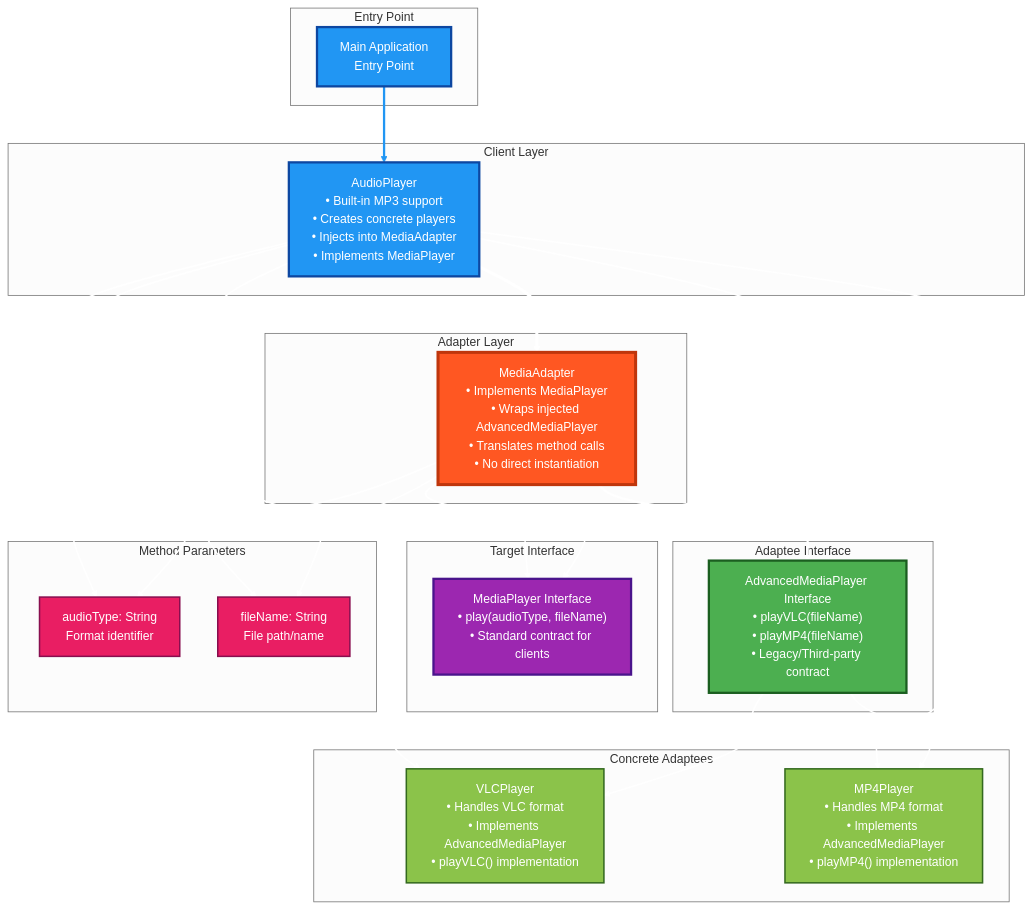
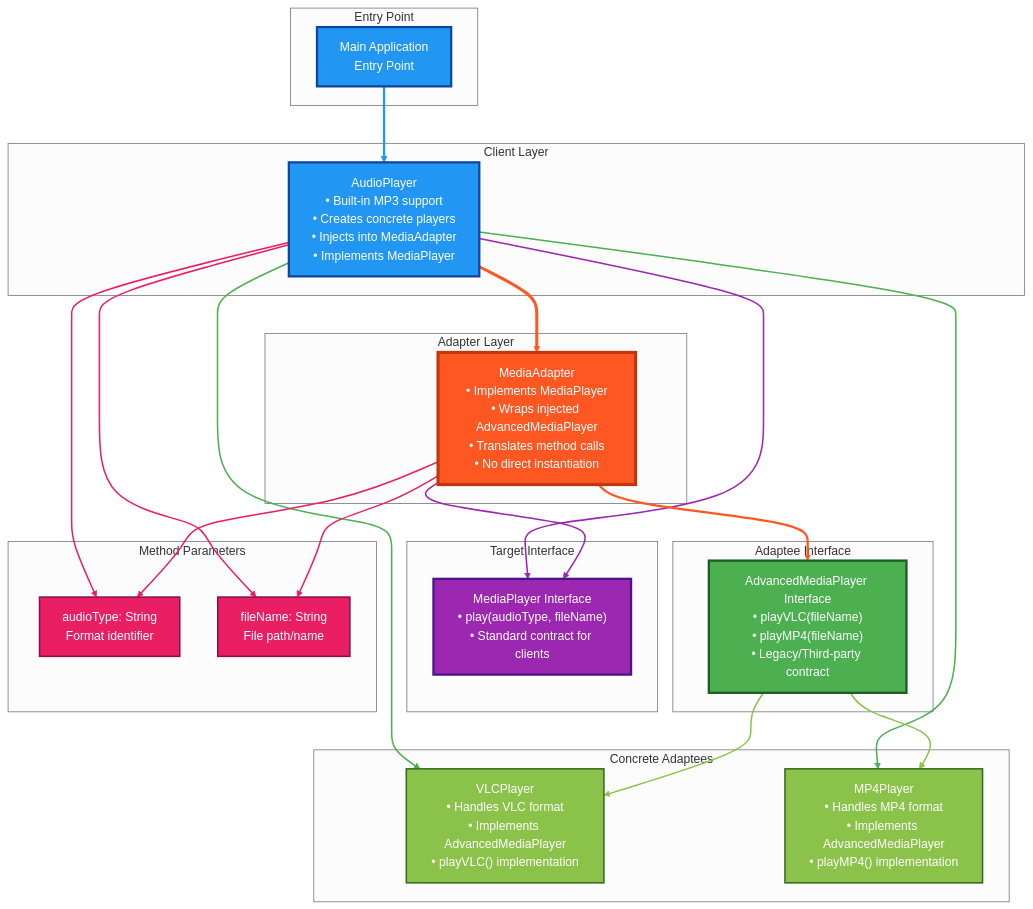
One commit to thenoblet/practice changed the diagram in src/adapter/adapter.mermaid. Above: the diagram before and after it, drawn with Mermaid (neutral theme).

Commit message:
modified diagram to represent new code design changes => DI

```diff
--- a/src/adapter/adapter.mermaid
+++ b/src/adapter/adapter.mermaid
@@ -1,84 +1,84 @@
 graph TB
 %% Entry Point
     subgraph "Entry Point"
         Main["Main Application<br/>Entry Point"]
     end
 
 %% Client Layer
     subgraph "Client Layer"
         AudioPlayer["AudioPlayer<br/>• Built-in MP3 support<br/>• Creates concrete players<br/>• Injects into MediaAdapter<br/>• Implements MediaPlayer"]
     end
 
 %% Target Interface Layer
     subgraph "Target Interface"
         MediaPlayer["MediaPlayer Interface<br/>• play(audioType, fileName)<br/>• Standard contract for clients"]
     end
 
 %% Adapter Layer - Key Pattern Component
     subgraph "Adapter Layer"
         MediaAdapter["MediaAdapter<br/>• Implements MediaPlayer<br/>• Wraps injected AdvancedMediaPlayer<br/>• Translates method calls<br/>• No direct instantiation"]
     end
 
 %% Adaptee Interface Layer
     subgraph "Adaptee Interface"
         AdvancedMediaPlayer["AdvancedMediaPlayer Interface<br/>• playVLC(fileName)<br/>• playMP4(fileName)<br/>• Legacy/Third-party contract"]
     end
 
 %% Concrete Adaptee Layer
     subgraph "Concrete Adaptees"
         VLCPlayer["VLCPlayer<br/>• Handles VLC format<br/>• Implements AdvancedMediaPlayer<br/>• playVLC() implementation"]
         MP4Player["MP4Player<br/>• Handles MP4 format<br/>• Implements AdvancedMediaPlayer<br/>• playMP4() implementation"]
     end
 
 %% Data Transfer Objects
     subgraph "Method Parameters"
         AudioType["audioType: String<br/>Format identifier"]
         FileName["fileName: String<br/>File path/name"]
     end
 
 %% Relationships
     Main --> AudioPlayer
     AudioPlayer --> MediaPlayer
     AudioPlayer --> MediaAdapter
     AudioPlayer --> VLCPlayer
     AudioPlayer --> MP4Player
     MediaAdapter --> MediaPlayer
     MediaAdapter --> AdvancedMediaPlayer
     AdvancedMediaPlayer --> VLCPlayer
     AdvancedMediaPlayer --> MP4Player
 
     AudioPlayer --> AudioType
     AudioPlayer --> FileName
     MediaAdapter --> AudioType
     MediaAdapter --> FileName
 
 %% Arrow Styling
     linkStyle 0 stroke:#2196f3,stroke-width:3px
-    linkStyle 1 stroke:#FFFFFF,stroke-width:2px
-    linkStyle 2 stroke:#FFFFFF,stroke-width:4px
-    linkStyle 3 stroke:#FFFFFF,stroke-width:2px
-    linkStyle 4 stroke:#FFFFFF,stroke-width:2px
-    linkStyle 5 stroke:#FFFFFF,stroke-width:2px
-    linkStyle 6 stroke:#FFFFFF,stroke-width:3px
-    linkStyle 7 stroke:#FFFFFF,stroke-width:2px
-    linkStyle 8 stroke:#FFFFFF,stroke-width:2px
-    linkStyle 9 stroke:#FFFFFF,stroke-width:2px
-    linkStyle 10 stroke:#FFFFFF,stroke-width:2px
-    linkStyle 11 stroke:#FFFFFF,stroke-width:2px
-    linkStyle 12 stroke:#FFFFFF,stroke-width:2px
+    linkStyle 1 stroke:#9c27b0,stroke-width:2px
+    linkStyle 2 stroke:#ff5722,stroke-width:4px
+    linkStyle 3 stroke:#4caf50,stroke-width:2px
+    linkStyle 4 stroke:#4caf50,stroke-width:2px
+    linkStyle 5 stroke:#9c27b0,stroke-width:2px
+    linkStyle 6 stroke:#ff5722,stroke-width:3px
+    linkStyle 7 stroke:#8bc34a,stroke-width:2px
+    linkStyle 8 stroke:#8bc34a,stroke-width:2px
+    linkStyle 9 stroke:#e91e63,stroke-width:2px
+    linkStyle 10 stroke:#e91e63,stroke-width:2px
+    linkStyle 11 stroke:#e91e63,stroke-width:2px
+    linkStyle 12 stroke:#e91e63,stroke-width:2px
 
 
 %% Styling
     classDef clientStyle fill:#2196f3,stroke:#0d47a1,stroke-width:3px,color:#fff
     classDef targetStyle fill:#9c27b0,stroke:#4a148c,stroke-width:3px,color:#fff
     classDef adapterStyle fill:#ff5722,stroke:#bf360c,stroke-width:4px,color:#fff
     classDef adapteeStyle fill:#4caf50,stroke:#1b5e20,stroke-width:3px,color:#fff
     classDef concreteStyle fill:#8bc34a,stroke:#33691e,stroke-width:2px,color:#fff
     classDef paramStyle fill:#e91e63,stroke:#880e4f,stroke-width:2px,color:#fff
 
     class Main,AudioPlayer clientStyle
     class MediaPlayer targetStyle
     class MediaAdapter adapterStyle
     class AdvancedMediaPlayer adapteeStyle
     class VLCPlayer,MP4Player concreteStyle
     class AudioType,FileName paramStyle
```
